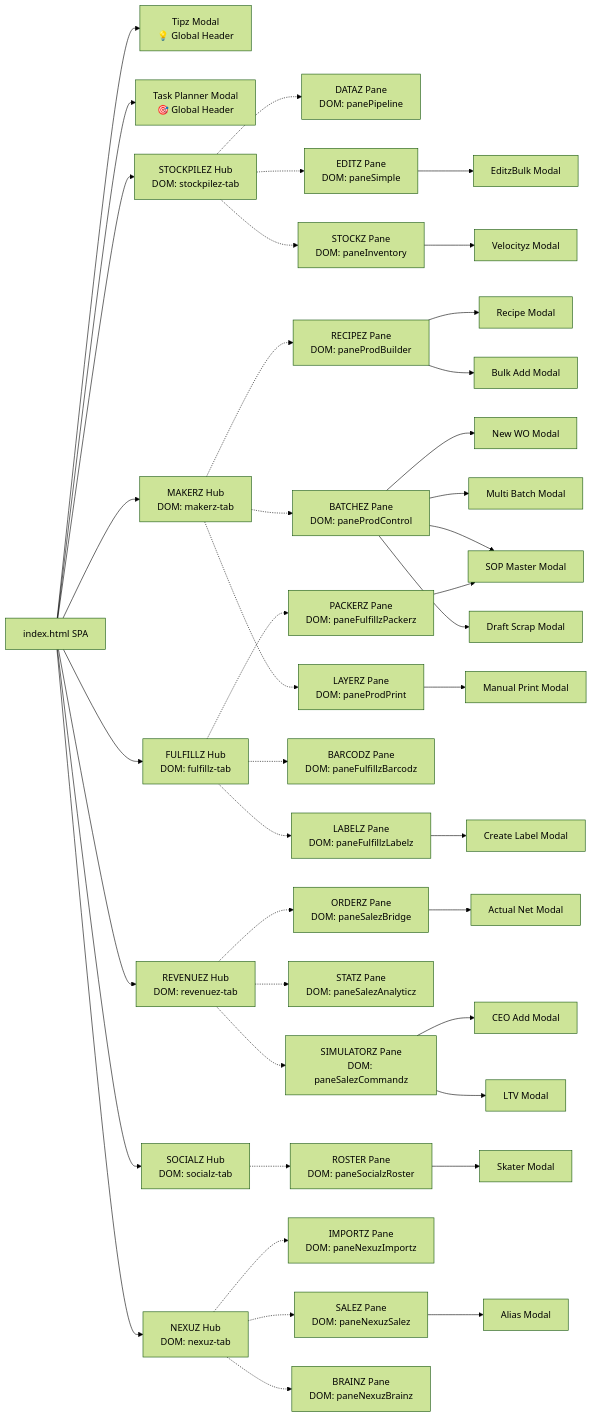
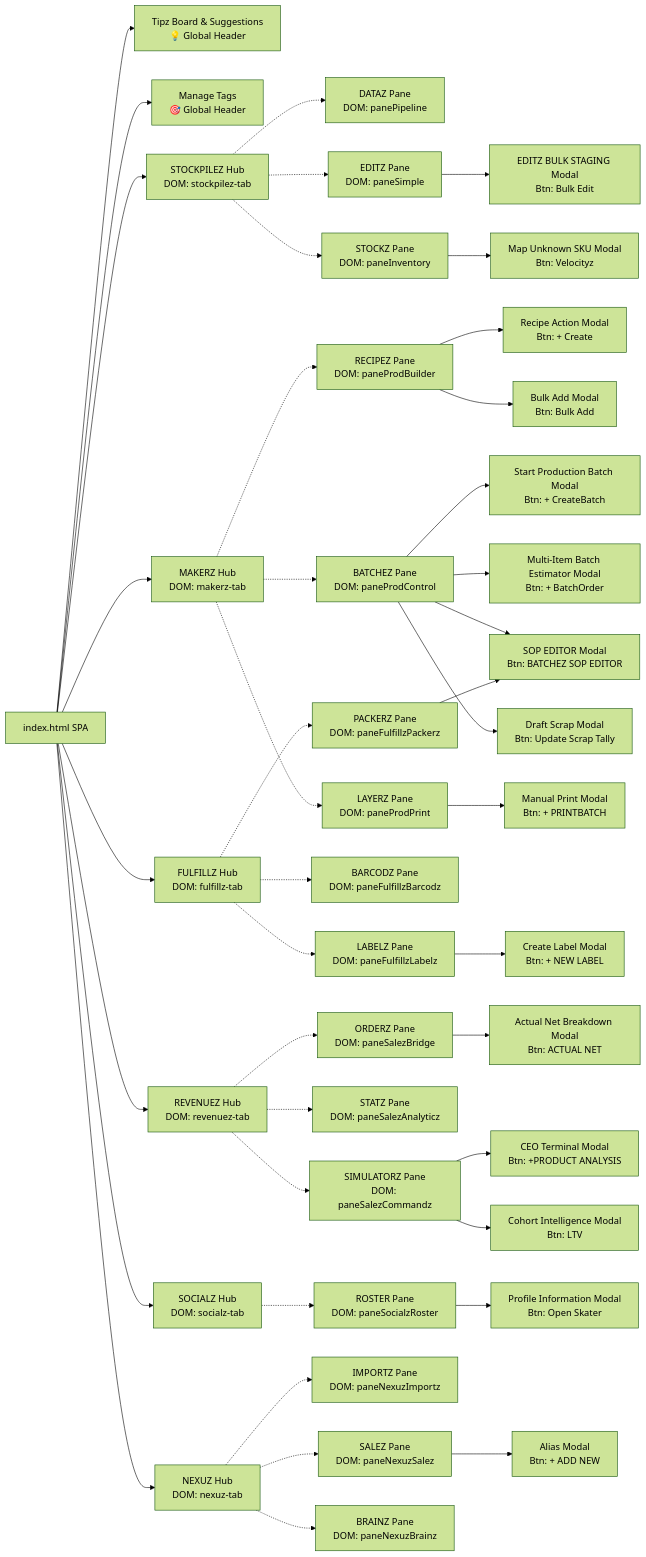
The diagram in nomenclature_dictionary.md (Neogleamz/neogleamz.github.io), drawn with Mermaid (forest theme) before and after one commit. The commit also changed 1 other file, not shown here.

Commit message:
fix(diagram): map canonical Modal headers and precise button trigger text into mermaid diagram

````diff
--- a/nomenclature_dictionary.md
+++ b/nomenclature_dictionary.md
@@ -14,64 +14,64 @@
 ```mermaid
 graph LR
     App[index.html SPA]
     
     %% Global Header Modals
-    App --> TipzModal[Tipz Modal <br> 💡 Global Header]
-    App --> TaskPlannerModal[Task Planner Modal <br> 🎯 Global Header]
+    App --> TipzModal[Tipz Board & Suggestions <br> 💡 Global Header]
+    App --> TaskPlannerModal[Manage Tags <br> 🎯 Global Header]
     
     %% STOCKPILEZ HUB
     App --> Stockpilez[STOCKPILEZ Hub<br>DOM: stockpilez-tab]
     Stockpilez -.-> SP_Pipeline[DATAZ Pane<br>DOM: panePipeline]
     Stockpilez -.-> SP_Simple[EDITZ Pane<br>DOM: paneSimple]
     Stockpilez -.-> SP_Inventory[STOCKZ Pane<br>DOM: paneInventory]
     
-    SP_Simple --> EditzBulkModal[EditzBulk Modal]
-    SP_Inventory --> VelocityzModal[Velocityz Modal]
+    SP_Simple --> EditzBulkModal[EDITZ BULK STAGING Modal<br>Btn: Bulk Edit]
+    SP_Inventory --> VelocityzModal[Map Unknown SKU Modal<br>Btn: Velocityz]
     
     %% MAKERZ HUB
     App --> Makerz[MAKERZ Hub<br>DOM: makerz-tab]
     Makerz -.-> MK_Builder[RECIPEZ Pane<br>DOM: paneProdBuilder]
     Makerz -.-> MK_Control[BATCHEZ Pane<br>DOM: paneProdControl]
     Makerz -.-> MK_Print[LAYERZ Pane<br>DOM: paneProdPrint]
     
-    MK_Builder --> RecipeModal[Recipe Modal]
-    MK_Builder --> BulkAddModal[Bulk Add Modal]
-    MK_Control --> NewWOModal[New WO Modal]
-    MK_Control --> MultiBatchModal[Multi Batch Modal]
-    MK_Control --> SOPMasterModal[SOP Master Modal]
-    MK_Control --> DraftScrapModal[Draft Scrap Modal]
-    MK_Print --> ManualPrintModal[Manual Print Modal]
+    MK_Builder --> RecipeModal[Recipe Action Modal<br>Btn: + Create]
+    MK_Builder --> BulkAddModal[Bulk Add Modal<br>Btn: Bulk Add]
+    MK_Control --> NewWOModal[Start Production Batch Modal<br>Btn: + CreateBatch]
+    MK_Control --> MultiBatchModal[Multi-Item Batch Estimator Modal<br>Btn: + BatchOrder]
+    MK_Control --> SOPMasterModal[SOP EDITOR Modal<br>Btn: BATCHEZ SOP EDITOR]
+    MK_Control --> DraftScrapModal[Draft Scrap Modal<br>Btn: Update Scrap Tally]
+    MK_Print --> ManualPrintModal[Manual Print Modal<br>Btn: + PRINTBATCH]
     
     %% FULFILLZ HUB
     App --> Fulfillz[FULFILLZ Hub<br>DOM: fulfillz-tab]
     Fulfillz -.-> FZ_Packerz[PACKERZ Pane<br>DOM: paneFulfillzPackerz]
     Fulfillz -.-> FZ_Barcodz[BARCODZ Pane<br>DOM: paneFulfillzBarcodz]
     Fulfillz -.-> FZ_Labelz[LABELZ Pane<br>DOM: paneFulfillzLabelz]
     
     FZ_Packerz --> SOPMasterModal
-    FZ_Labelz --> CreateLabelModal[Create Label Modal]
+    FZ_Labelz --> CreateLabelModal[Create Label Modal<br>Btn: + NEW LABEL]
     
     %% REVENUEZ HUB
     App --> Revenuez[REVENUEZ Hub<br>DOM: revenuez-tab]
     Revenuez -.-> RV_Bridge[ORDERZ Pane<br>DOM: paneSalezBridge]
     Revenuez -.-> RV_Analyticz[STATZ Pane<br>DOM: paneSalezAnalyticz]
     Revenuez -.-> RV_Commandz[SIMULATORZ Pane<br>DOM: paneSalezCommandz]
     
-    RV_Bridge --> ActualNetModal[Actual Net Modal]
-    RV_Commandz --> CeoAddModal[CEO Add Modal]
-    RV_Commandz --> LtvModal[LTV Modal]
+    RV_Bridge --> ActualNetModal[Actual Net Breakdown Modal<br>Btn: ACTUAL NET]
+    RV_Commandz --> CeoAddModal[CEO Terminal Modal<br>Btn: +PRODUCT ANALYSIS]
+    RV_Commandz --> LtvModal[Cohort Intelligence Modal<br>Btn: LTV]
     
     %% SOCIALZ HUB
     App --> Socialz[SOCIALZ Hub<br>DOM: socialz-tab]
     Socialz -.-> SZ_Roster[ROSTER Pane<br>DOM: paneSocialzRoster]
     
-    SZ_Roster --> SkaterModal[Skater Modal]
+    SZ_Roster --> SkaterModal[Profile Information Modal<br>Btn: Open Skater]
     
     %% NEXUZ HUB
     App --> Nexuz[NEXUZ Hub<br>DOM: nexuz-tab]
     Nexuz -.-> NX_Importz[IMPORTZ Pane<br>DOM: paneNexuzImportz]
     Nexuz -.-> NX_Salez[SALEZ Pane<br>DOM: paneNexuzSalez]
     Nexuz -.-> NX_Brainz[BRAINZ Pane<br>DOM: paneNexuzBrainz]
     
-    NX_Salez --> AliasModal[Alias Modal]
+    NX_Salez --> AliasModal[Alias Modal<br>Btn: + ADD NEW]
 ```
````
